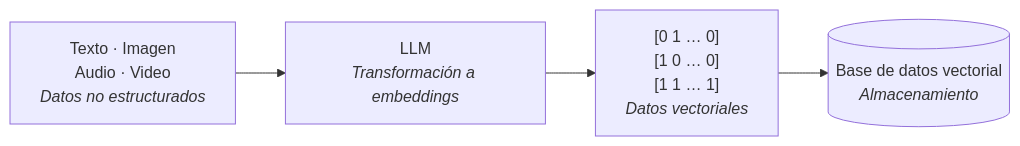
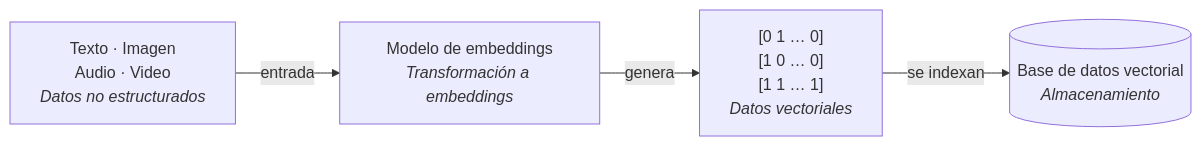
One commit to jcontrerasm/jcontrerasm.github.io changed the second of 7 diagrams in src/content/blog/es/que-es-rag.md. Above: the diagram before and after it, drawn with Mermaid. The commit also changed other lines of this file and 3 other files, not shown here.

````diff
--- a/src/content/blog/es/que-es-rag.md
+++ b/src/content/blog/es/que-es-rag.md
@@ -38,8 +57,8 @@
 ```mermaid
 flowchart LR
     A["Texto · Imagen<br/>Audio · Video<br/><i>Datos no estructurados</i>"]
-    B["LLM<br/><i>Transformación a embeddings</i>"]
+    B["Modelo de embeddings<br/><i>Transformación a embeddings</i>"]
     C["[0 1 … 0]<br/>[1 0 … 0]<br/>[1 1 … 1]<br/><i>Datos vectoriales</i>"]
     D[("Base de datos vectorial<br/><i>Almacenamiento</i>")]
-    A --> B --> C --> D
+    A -->|entrada| B -->|genera| C -->|se indexan| D
 ```
````
